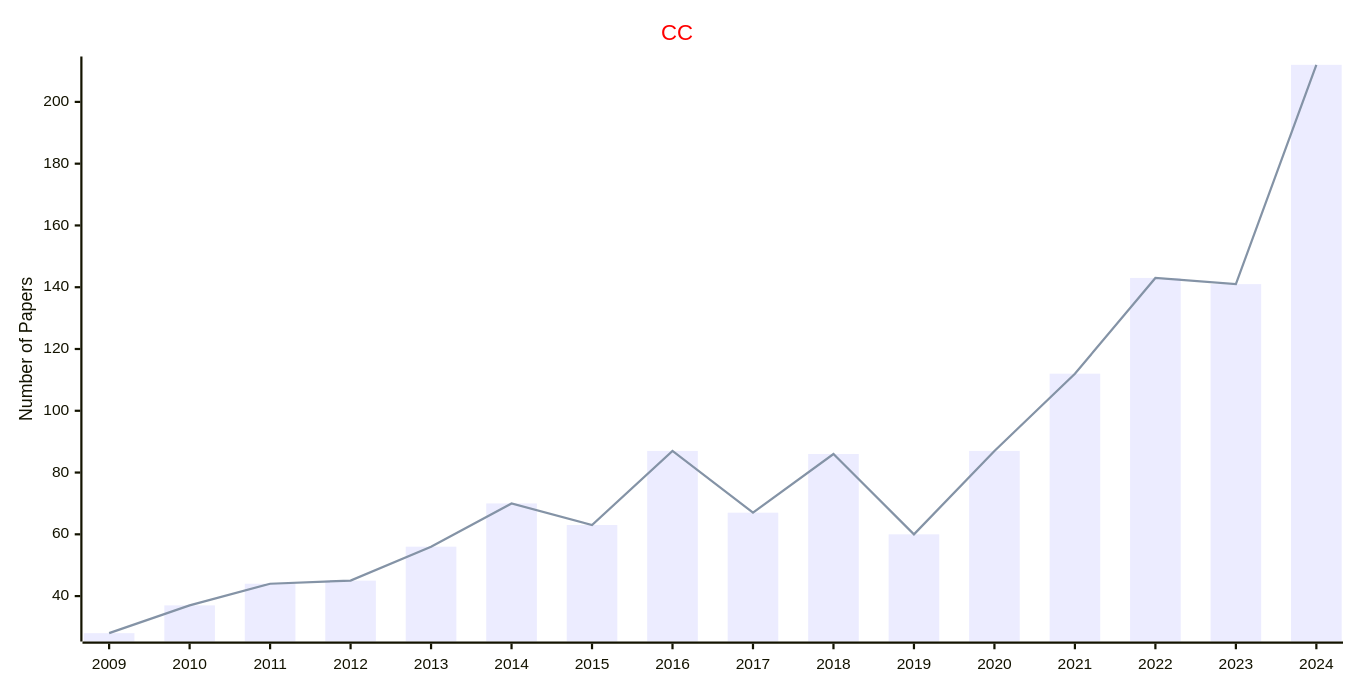
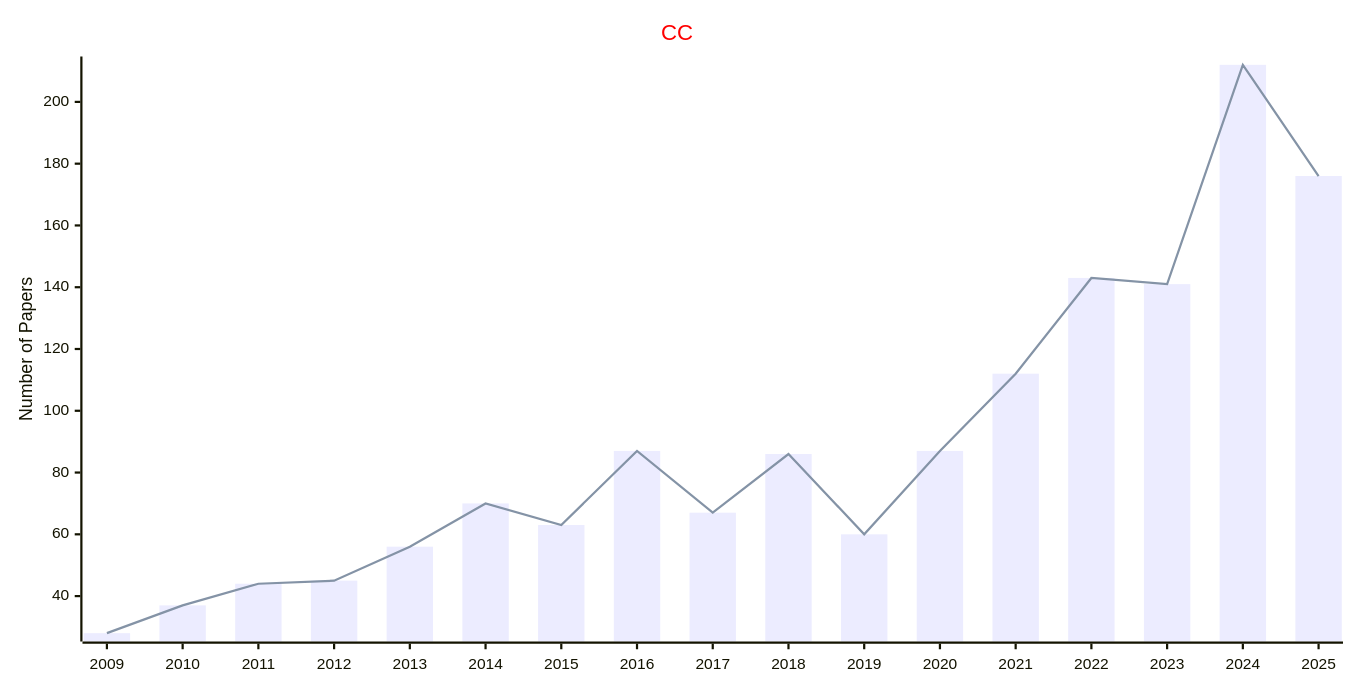
The diagram in docs/data/Journals/Statistics_Journals/Cognitive_Computation.md (Easy-PhD/AILinks), drawn with Mermaid before and after one commit. The commit also changed 107 other files, not shown here.

````diff
--- a/docs/data/Journals/Statistics_Journals/Cognitive_Computation.md
+++ b/docs/data/Journals/Statistics_Journals/Cognitive_Computation.md
@@ -9,17 +9,17 @@
 ```mermaid
 ---
 config:
     xyChart:
         width: 1200
         height: 600
     themeVariables:
         xyChart:
             titleColor: "#ff0000"
 ---
 xychart-beta
     title "CC"
-    x-axis [2009, 2010, 2011, 2012, 2013, 2014, 2015, 2016, 2017, 2018, 2019, 2020, 2021, 2022, 2023, 2024]
+    x-axis [2009, 2010, 2011, 2012, 2013, 2014, 2015, 2016, 2017, 2018, 2019, 2020, 2021, 2022, 2023, 2024, 2025]
     y-axis "Number of Papers"
-    bar [28, 37, 44, 45, 56, 70, 63, 87, 67, 86, 60, 87, 112, 143, 141, 212]
-    line [28, 37, 44, 45, 56, 70, 63, 87, 67, 86, 60, 87, 112, 143, 141, 212]
+    bar [28, 37, 44, 45, 56, 70, 63, 87, 67, 86, 60, 87, 112, 143, 141, 212, 176]
+    line [28, 37, 44, 45, 56, 70, 63, 87, 67, 86, 60, 87, 112, 143, 141, 212, 176]
 ```
````
